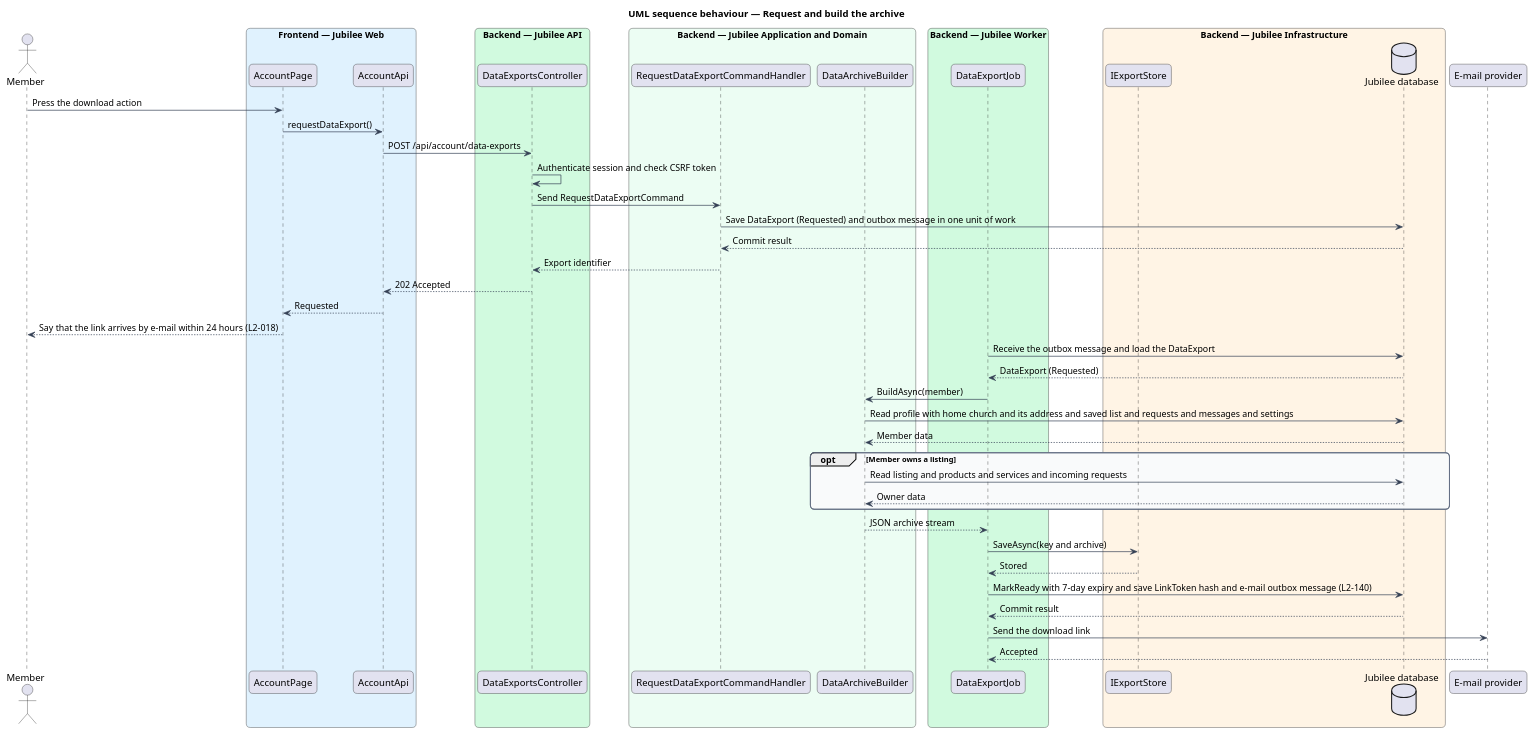
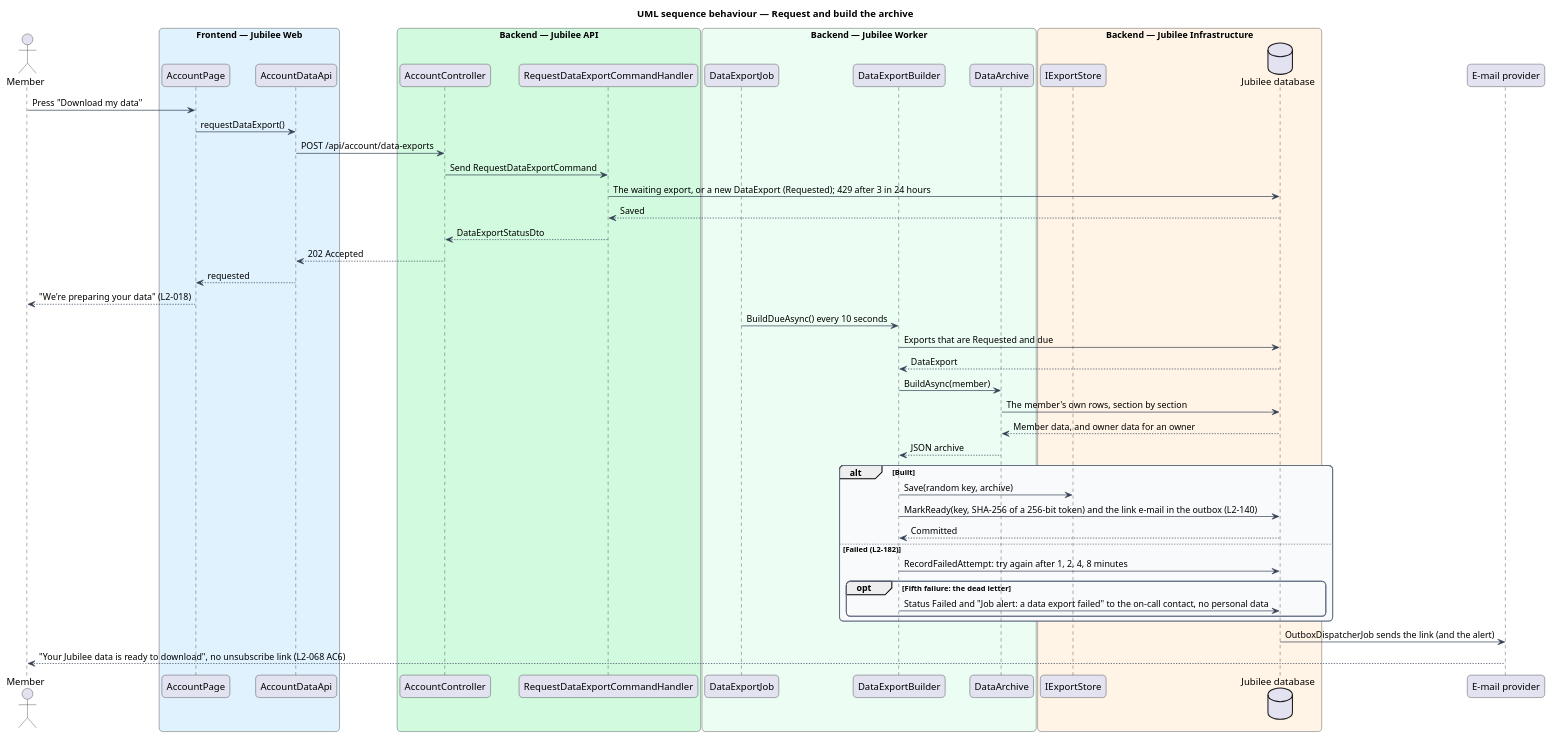
Before and after one commit to QuinntyneBrown/jubilee: the diagram in docs/detailed-designs/accounts/download-data/diagrams/sequence-request-archive.puml, drawn with PlantUML. The commit also changed 51 other files, not shown here.

First line of the commit message:
Journey 26: requirements, ADR 0069, designs and mocks for download data and delete account

```diff
--- a/docs/detailed-designs/accounts/download-data/diagrams/sequence-request-archive.puml
+++ b/docs/detailed-designs/accounts/download-data/diagrams/sequence-request-archive.puml
@@ -1,66 +1,66 @@
 @startuml
 title UML sequence behaviour — Request and build the archive
 skinparam backgroundColor #FFFFFF
 skinparam shadowing false
 skinparam roundcorner 12
 skinparam defaultFontName Arial
 skinparam ArrowColor #344054
 skinparam rectangle {
   BorderColor #344054
   FontColor #101828
 }
 skinparam package {
   BorderColor #667085
   FontColor #101828
   BackgroundColor #F9FAFB
 }
 
-
 actor "Member" as actor
 box "Frontend — Jubilee Web" #E0F2FE
   participant "AccountPage" as page
-  participant "AccountApi" as client
+  participant "AccountDataApi" as client
 end box
 box "Backend — Jubilee API" #D1FADF
-  participant "DataExportsController" as controller
+  participant "AccountController" as controller
+  participant "RequestDataExportCommandHandler" as handler
 end box
-box "Backend — Jubilee Application and Domain" #ECFDF3
-  participant "RequestDataExportCommandHandler" as handler
-  participant "DataArchiveBuilder" as builder
-end box
-box "Backend — Jubilee Worker" #D1FADF
+box "Backend — Jubilee Worker" #ECFDF3
   participant "DataExportJob" as job
+  participant "DataExportBuilder" as builder
+  participant "DataArchive" as archive
 end box
 box "Backend — Jubilee Infrastructure" #FFF4E5
   participant "IExportStore" as store
   database "Jubilee database" as db
 end box
 participant "E-mail provider" as email
-actor -> page : Press the download action
+actor -> page : Press "Download my data"
 page -> client : requestDataExport()
 client -> controller : POST /api/account/data-exports
-controller -> controller : Authenticate session and check CSRF token
 controller -> handler : Send RequestDataExportCommand
-handler -> db : Save DataExport (Requested) and outbox message in one unit of work
-db --> handler : Commit result
-handler --> controller : Export identifier
+handler -> db : The waiting export, or a new DataExport (Requested); 429 after 3 in 24 hours
+db --> handler : Saved
+handler --> controller : DataExportStatusDto
 controller --> client : 202 Accepted
-client --> page : Requested
-page --> actor : Say that the link arrives by e-mail within 24 hours (L2-018)
-job -> db : Receive the outbox message and load the DataExport
-db --> job : DataExport (Requested)
-job -> builder : BuildAsync(member)
-builder -> db : Read profile with home church and its address and saved list and requests and messages and settings
-db --> builder : Member data
-opt Member owns a listing
-  builder -> db : Read listing and products and services and incoming requests
-  db --> builder : Owner data
+client --> page : requested
+page --> actor : "We're preparing your data" (L2-018)
+job -> builder : BuildDueAsync() every 10 seconds
+builder -> db : Exports that are Requested and due
+db --> builder : DataExport
+builder -> archive : BuildAsync(member)
+archive -> db : The member's own rows, section by section
+db --> archive : Member data, and owner data for an owner
+archive --> builder : JSON archive
+alt Built
+  builder -> store : Save(random key, archive)
+  builder -> db : MarkReady(key, SHA-256 of a 256-bit token) and the link e-mail in the outbox (L2-140)
+  db --> builder : Committed
+else Failed (L2-182)
+  builder -> db : RecordFailedAttempt: try again after 1, 2, 4, 8 minutes
+  opt Fifth failure: the dead letter
+    builder -> db : Status Failed and "Job alert: a data export failed" to the on-call contact, no personal data
+  end
 end
-builder --> job : JSON archive stream
-job -> store : SaveAsync(key and archive)
-store --> job : Stored
-job -> db : MarkReady with 7-day expiry and save LinkToken hash and e-mail outbox message (L2-140)
-db --> job : Commit result
-job -> email : Send the download link
-email --> job : Accepted
+db -> email : OutboxDispatcherJob sends the link (and the alert)
+email --> actor : "Your Jubilee data is ready to download", no unsubscribe link (L2-068 AC6)
 @enduml
```
